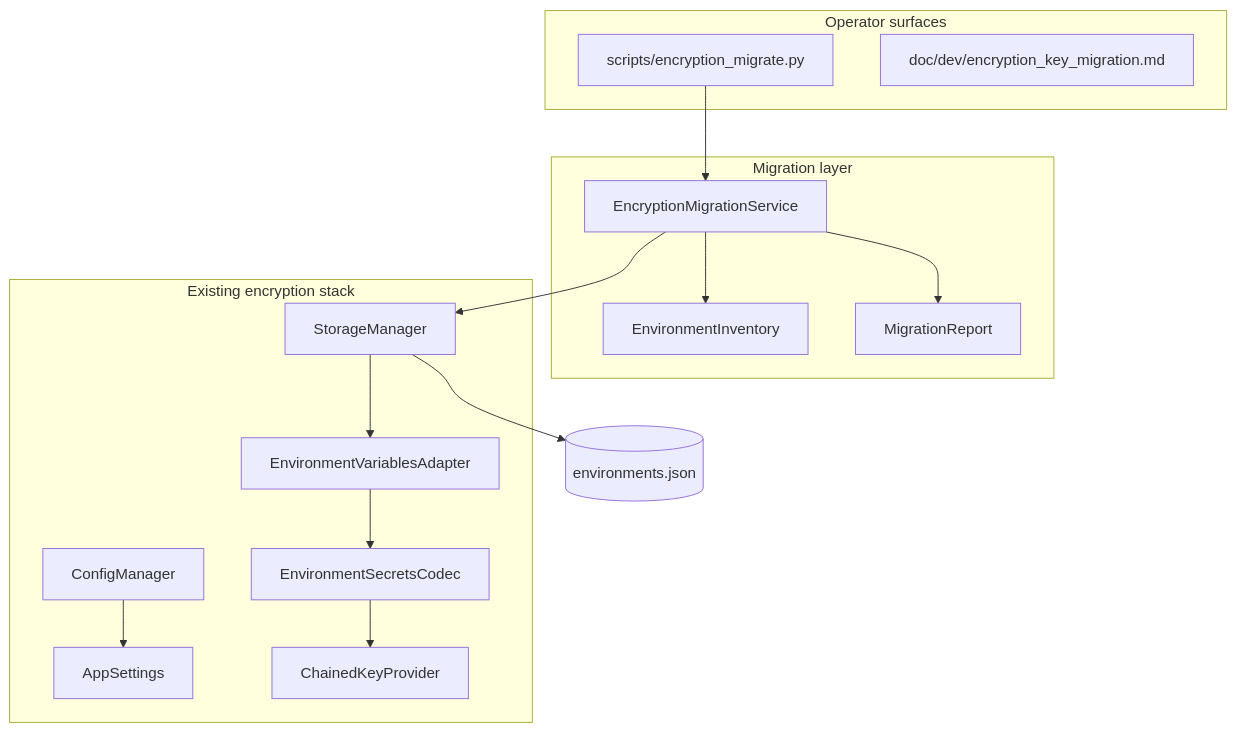
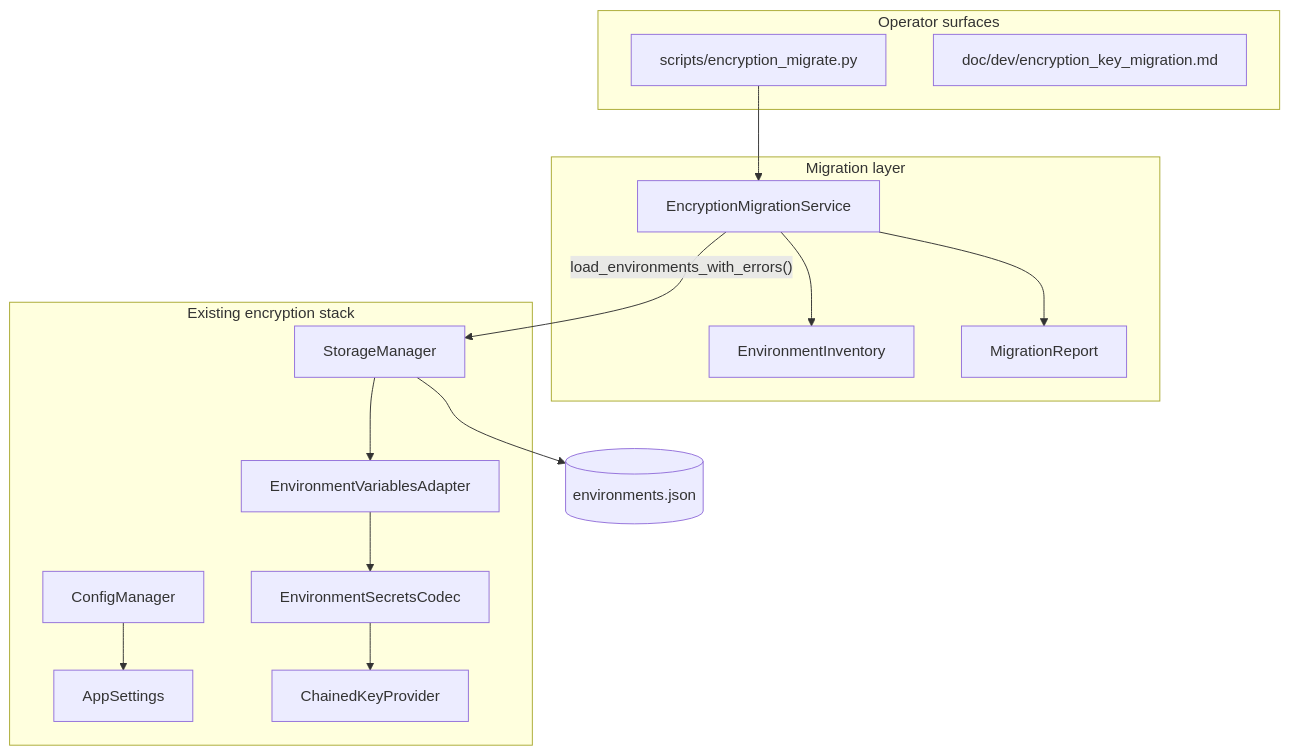
The diagram in doc/dev/encryption_key_migration.md (koctep/pypost), drawn with Mermaid before and after one commit. The commit also changed other lines of this file and 12 other files, not shown here.

````diff
--- a/doc/dev/encryption_key_migration.md
+++ b/doc/dev/encryption_key_migration.md
@@ -16,32 +16,32 @@
 ```mermaid
 flowchart TD
   subgraph operator [Operator surfaces]
     CLI[scripts/encryption_migrate.py]
     DOC[doc/dev/encryption_key_migration.md]
   end
 
   subgraph migration [Migration layer]
     EMS[EncryptionMigrationService]
     INV[EnvironmentInventory]
     REP[MigrationReport]
   end
 
   subgraph existing [Existing encryption stack]
     CM[ConfigManager]
     AS[AppSettings]
     SM[StorageManager]
     EVA[EnvironmentVariablesAdapter]
     ESC[EnvironmentSecretsCodec]
     CKP[ChainedKeyProvider]
   end
 
   CLI --> EMS
   EMS --> INV
   EMS --> REP
-  EMS --> SM
+  EMS -->|"load_environments_with_errors()"| SM
   CM --> AS
   SM --> EVA
   EVA --> ESC
   ESC --> CKP
   SM --> ENV[(environments.json)]
 ```
````
